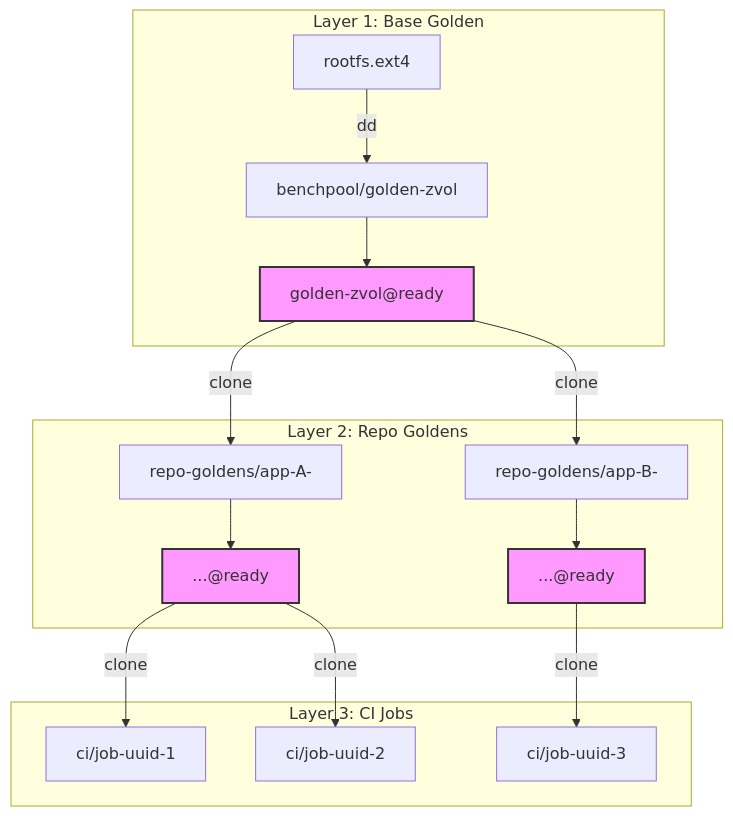
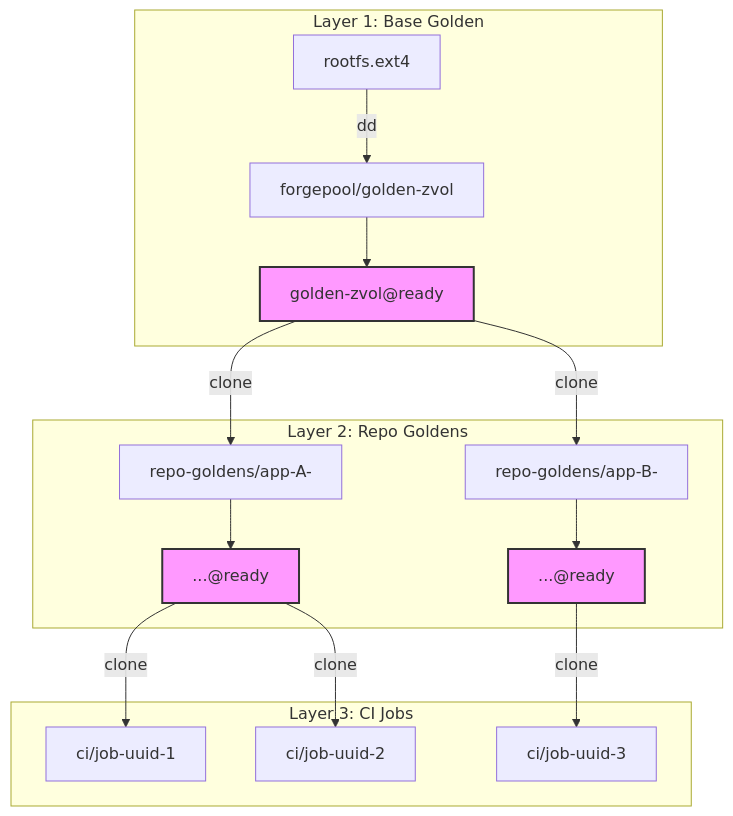
The first of 2 diagrams in docs/architecture/zfs-golden-image-lifecycle.md (guardian-intelligence/verself), drawn with Mermaid before and after one commit. The commit also changed other lines of this file and 34 other files, not shown here.

````diff
--- a/docs/architecture/zfs-golden-image-lifecycle.md
+++ b/docs/architecture/zfs-golden-image-lifecycle.md
@@ -5,24 +5,24 @@
 ```mermaid
 graph TD
     subgraph "Layer 1: Base Golden"
-        ROOTFS["rootfs.ext4"] -->|"dd"| ZVOL["benchpool/golden-zvol"]
+        ROOTFS["rootfs.ext4"] -->|"dd"| ZVOL["forgepool/golden-zvol"]
         ZVOL --> SNAP["golden-zvol@ready"]
     end
 
     subgraph "Layer 2: Repo Goldens"
         SNAP -->|"clone"| RG1["repo-goldens/app-A-<ts>"]
         SNAP -->|"clone"| RG2["repo-goldens/app-B-<ts>"]
         RG1 --> RG1S["...@ready"]
         RG2 --> RG2S["...@ready"]
     end
 
     subgraph "Layer 3: CI Jobs"
         RG1S -->|"clone"| J1["ci/job-uuid-1"]
         RG1S -->|"clone"| J2["ci/job-uuid-2"]
         RG2S -->|"clone"| J3["ci/job-uuid-3"]
     end
 
     style SNAP fill:#f9f,stroke:#333,stroke-width:2px
     style RG1S fill:#f9f,stroke:#333,stroke-width:2px
     style RG2S fill:#f9f,stroke:#333,stroke-width:2px
 ```
````
